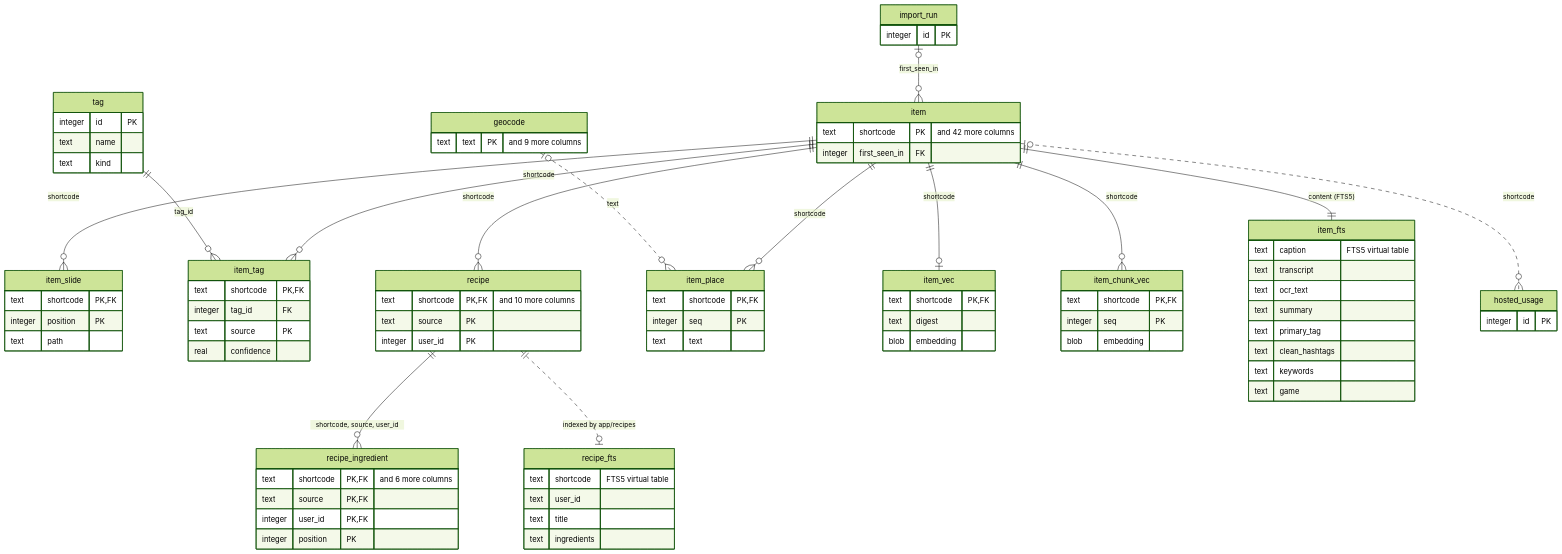
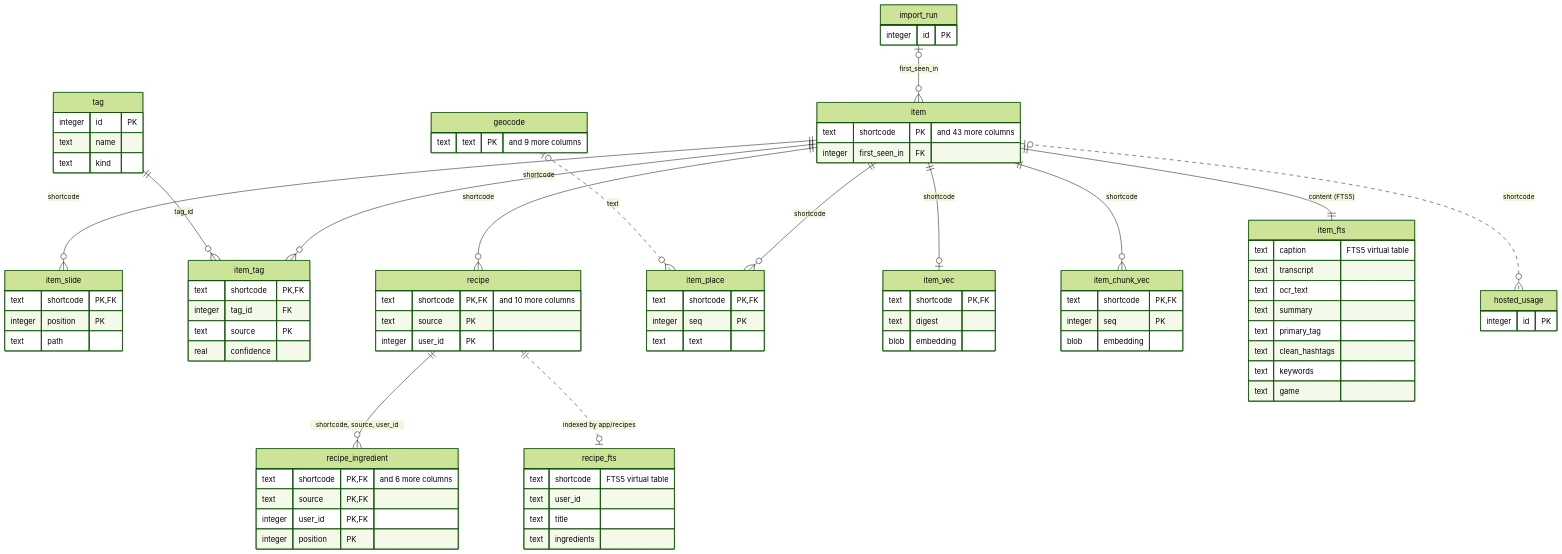
Before and after one commit to spanthetree/hikidashi: the sixth of 10 diagrams in docs/architecture.md, drawn with Mermaid (forest theme). The commit also changed 22 other files, not shown here.

````diff
--- a/docs/architecture.md
+++ b/docs/architecture.md
@@ -215,7 +215,7 @@
 ```mermaid
 erDiagram
   item {
-    text shortcode PK "and 42 more columns"
+    text shortcode PK "and 43 more columns"
     integer first_seen_in FK
   }
   item_slide {
````
